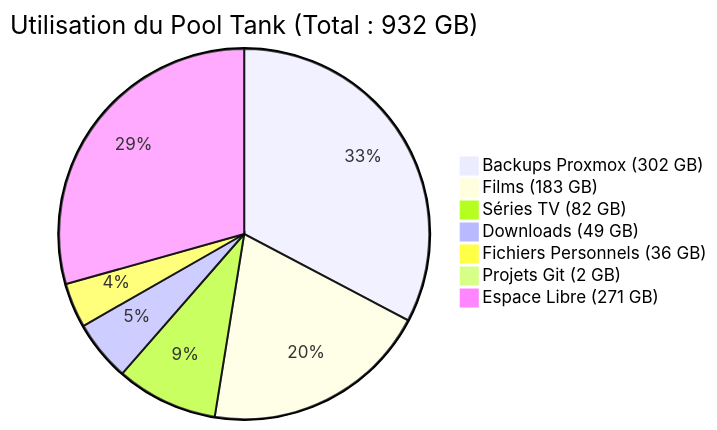
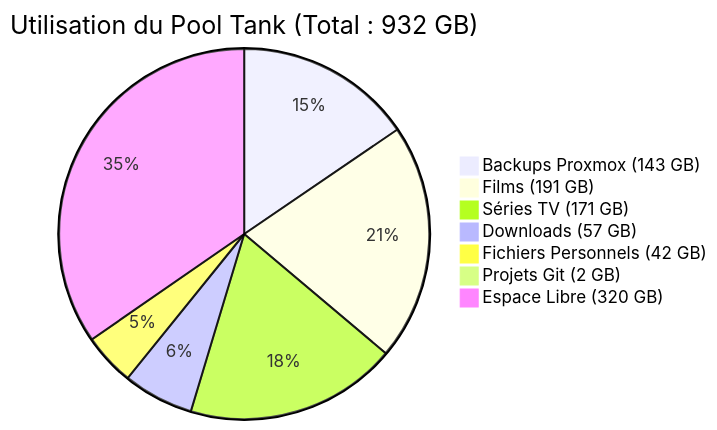
One commit to Kyworn/ZorkoLab changed the diagram in hardware/storage.md. Above: the diagram before and after it, drawn with Mermaid. The commit also changed 2 other files, not shown here.

Commit message:
docs: meticulous fact-check (storage usage, container counts, cloudflared remote management)

````diff
--- a/hardware/storage.md
+++ b/hardware/storage.md
@@ -29,10 +29,10 @@
 ```mermaid
 pie title Utilisation du Pool Tank (Total : 932 GB)
-    "Backups Proxmox (302 GB)" : 302
-    "Films (183 GB)" : 183
-    "Séries TV (82 GB)" : 82
-    "Downloads (49 GB)" : 49
-    "Fichiers Personnels (36 GB)" : 36
+    "Backups Proxmox (143 GB)" : 143
+    "Films (191 GB)" : 191
+    "Séries TV (171 GB)" : 171
+    "Downloads (57 GB)" : 57
+    "Fichiers Personnels (42 GB)" : 42
     "Projets Git (2 GB)" : 2
-    "Espace Libre (271 GB)" : 271
+    "Espace Libre (320 GB)" : 320
 ```
````
